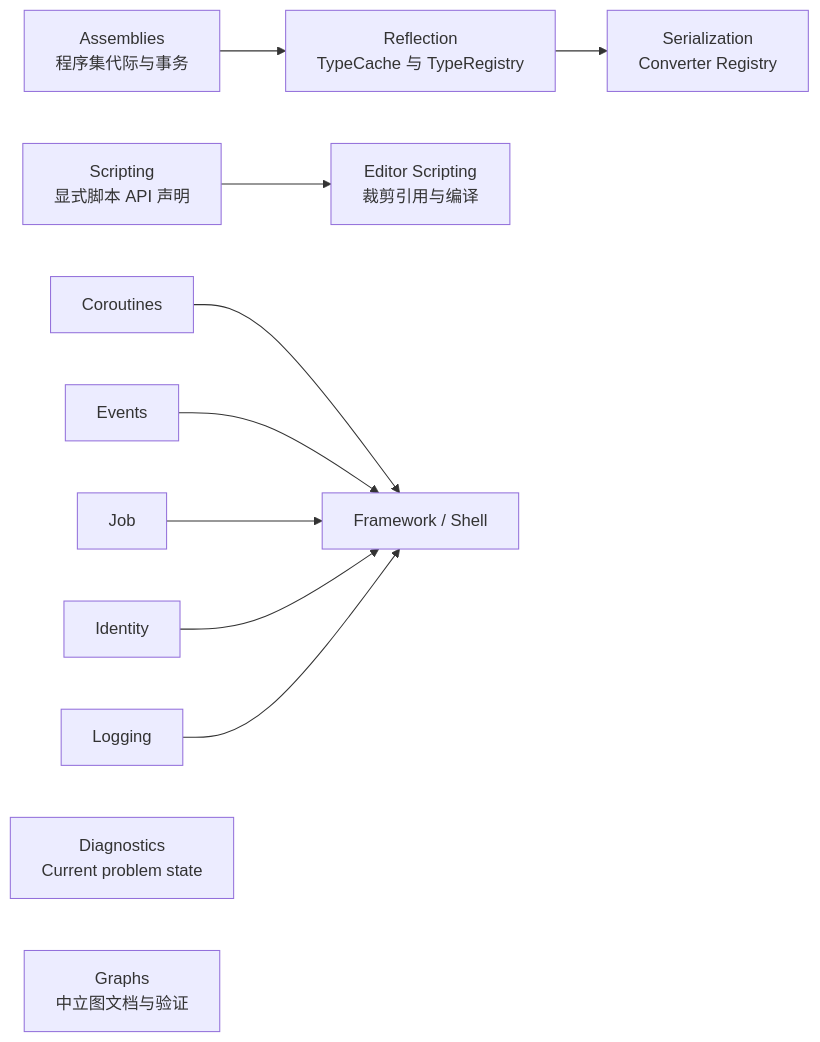
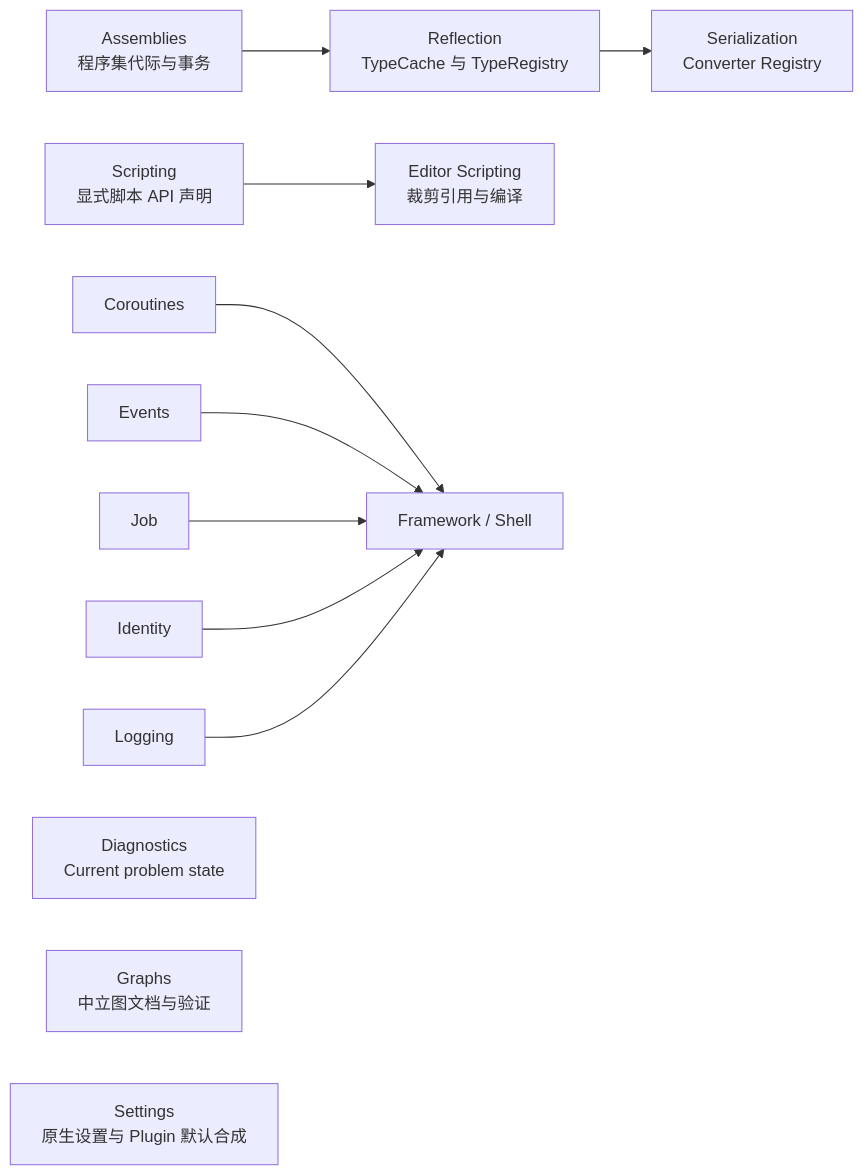
Before and after one commit to FLwolfy/InnoEngine: the diagram in docs/core/README.md, drawn with Mermaid. The commit also changed other lines of this file and 328 other files, not shown here.

````diff
--- a/docs/core/README.md
+++ b/docs/core/README.md
@@ -7,13 +7,14 @@
 ```mermaid
 flowchart LR
     A["Assemblies<br/>程序集代际与事务"] --> R["Reflection<br/>TypeCache 与 TypeRegistry"]
     SAPI["Scripting<br/>显式脚本 API 声明"] --> ES["Editor Scripting<br/>裁剪引用与编译"]
     R --> S["Serialization<br/>Converter Registry"]
     C["Coroutines"] --> F["Framework / Shell"]
     E["Events"] --> F
     J["Job"] --> F
     I["Identity"] --> F
     L["Logging"] --> F
     D["Diagnostics<br/>Current problem state"]
     G["Graphs<br/>中立图文档与验证"]
+    PS["Settings<br/>原生设置与 Plugin 默认合成"]
 ```
````
